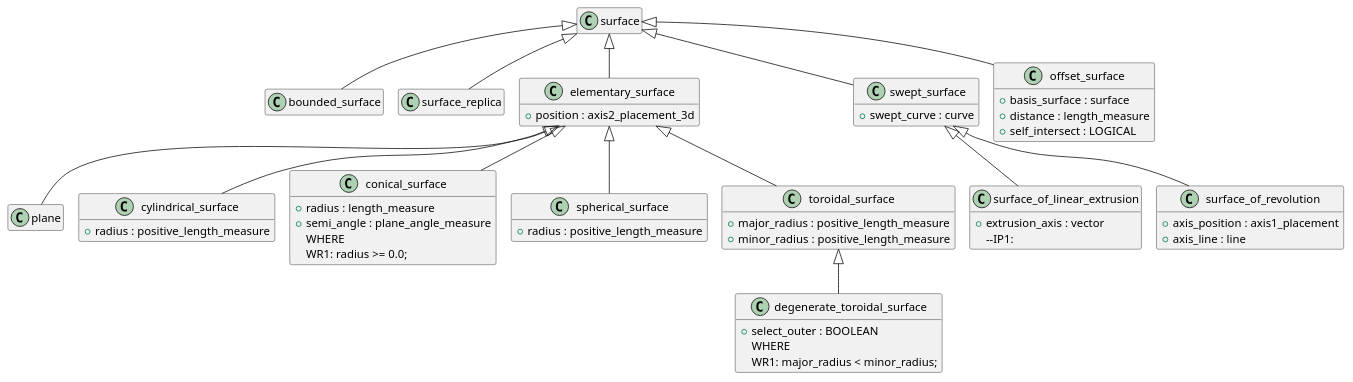
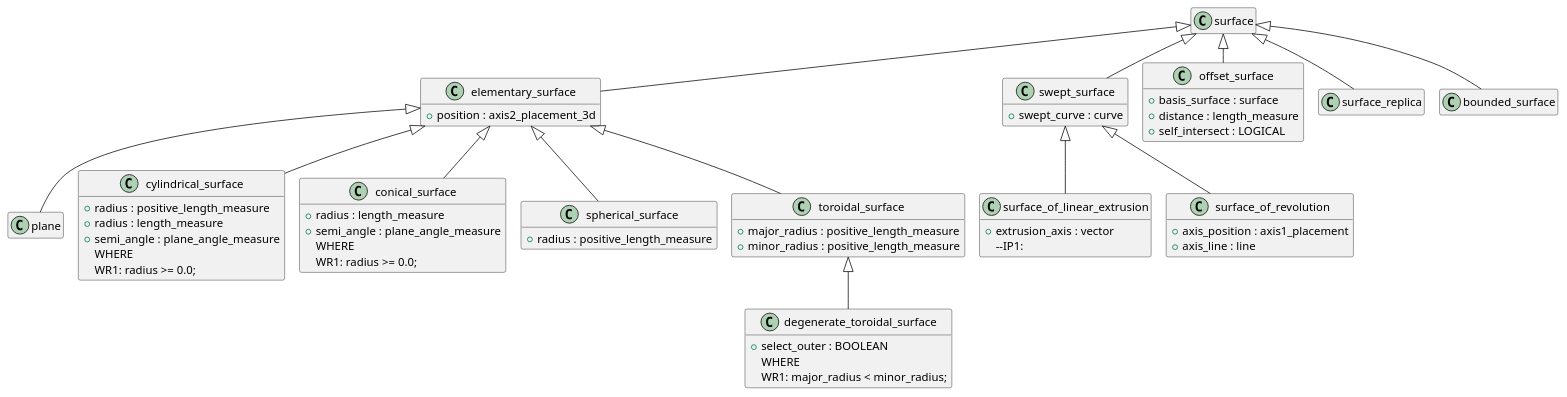
Before and after one commit to chukkaba/10303: the diagram in 005_Geometry+Topology/geometry/source/surface.pu, drawn with PlantUML. The commit also changed 1 other file, not shown here.

```diff
--- a/005_Geometry+Topology/geometry/source/surface.pu
+++ b/005_Geometry+Topology/geometry/source/surface.pu
@@ -1,86 +1,91 @@
 @startuml
 !pragma layout smetana
 skinparam groupInheritance 2
 hide empty members
 
 class surface {
-}
-
-class bounded_surface {
-}
-
-class surface_replica {
 }
 
 class elementary_surface {
   +position : axis2_placement_3d
 }
 
 class plane {
 }
 
 class cylindrical_surface {
   +radius : positive_length_measure
 }
+
+class cylindrical_surface {
+  +radius : length_measure
+  +semi_angle : plane_angle_measure
+WHERE
+  WR1: radius >= 0.0;
+}
+
 
 class conical_surface {
   +radius : length_measure
   +semi_angle : plane_angle_measure
 WHERE
   WR1: radius >= 0.0;
 }
 
 class spherical_surface {
   +radius : positive_length_measure
 }
 
 class toroidal_surface {
   +major_radius : positive_length_measure
   +minor_radius : positive_length_measure
 }
 
 class degenerate_toroidal_surface {
   +select_outer : BOOLEAN
 WHERE
   WR1: major_radius < minor_radius;
 }
 
 class swept_surface {
   +swept_curve : curve
 }
 
 class surface_of_linear_extrusion {
   +extrusion_axis : vector
   --IP1:
 }
 
 class surface_of_revolution {
   +axis_position : axis1_placement
   +axis_line : line 
 }
 
 class offset_surface {
   +basis_surface : surface
   +distance : length_measure
   +self_intersect : LOGICAL
 }
 
+class surface_replica {
+}
+
 ' Наследование
 surface <|-- bounded_surface
 surface <|-- elementary_surface
 surface <|-- swept_surface
 surface <|-- offset_surface
 surface <|-- surface_replica
 
 elementary_surface <|-- plane
 elementary_surface <|-- cylindrical_surface
 elementary_surface <|-- conical_surface
 elementary_surface <|-- spherical_surface
 elementary_surface <|-- toroidal_surface
 
 toroidal_surface <|-- degenerate_toroidal_surface
 
 swept_surface <|-- surface_of_linear_extrusion
 swept_surface <|-- surface_of_revolution
 
 @enduml
```
